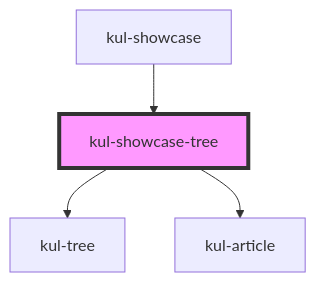
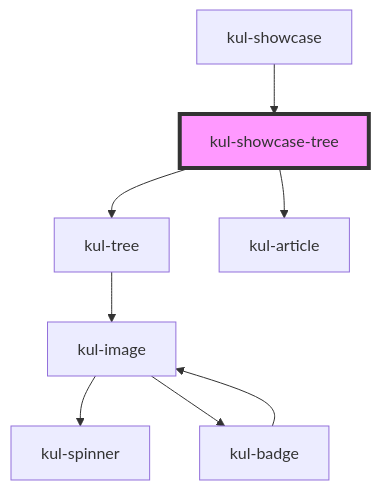
One commit to smeup/ketchup changed the diagram in packages/ketchup-lite/src/components/kul-showcase/components/tree/readme.md. Above: the diagram before and after it, drawn with Mermaid. The commit also changed 10 other files, not shown here.

````diff
--- a/packages/ketchup-lite/src/components/kul-showcase/components/tree/readme.md
+++ b/packages/ketchup-lite/src/components/kul-showcase/components/tree/readme.md
@@ -31,7 +31,11 @@
 ```mermaid
 graph TD;
   kul-showcase-tree --> kul-tree
   kul-showcase-tree --> kul-article
+  kul-tree --> kul-image
+  kul-image --> kul-spinner
+  kul-image --> kul-badge
+  kul-badge --> kul-image
   kul-showcase --> kul-showcase-tree
   style kul-showcase-tree fill:#f9f,stroke:#333,stroke-width:4px
 ```
````
